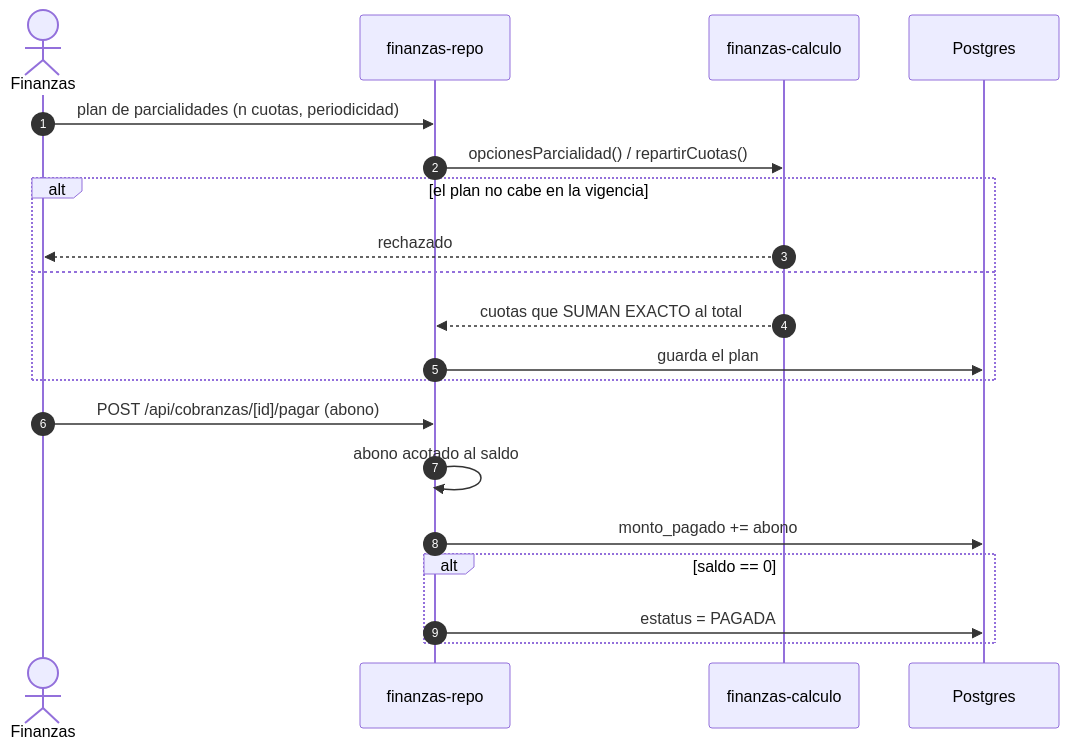
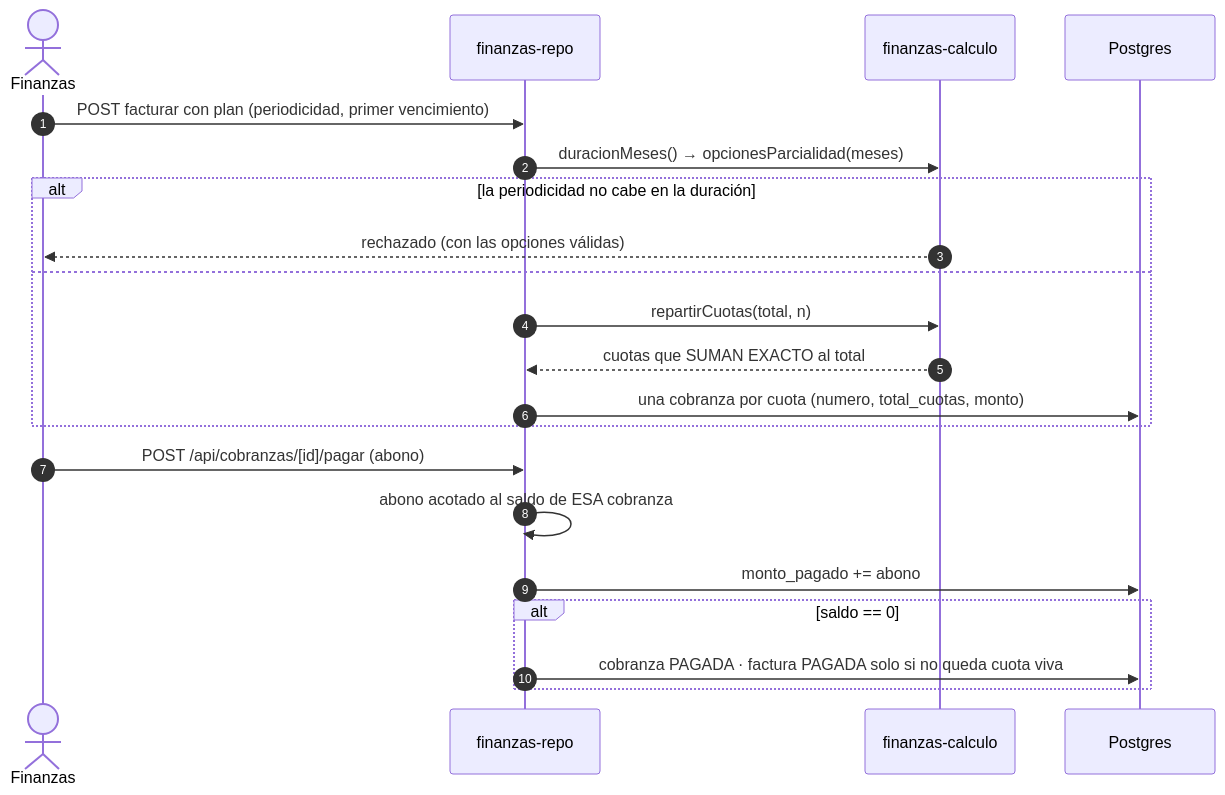
The second of 2 diagrams in vault/05-Flujos/flujo-facturacion-y-cobranza.md (emiliano-cyber/spaces_dooh_new), drawn with Mermaid before and after one commit. The commit also changed other lines of this file and 64 other files, not shown here.

````diff
--- a/vault/05-Flujos/flujo-facturacion-y-cobranza.md
+++ b/vault/05-Flujos/flujo-facturacion-y-cobranza.md
@@ -67,23 +106,24 @@
 ```mermaid
 sequenceDiagram
     autonumber
     actor F as Finanzas
     participant FR as finanzas-repo
     participant FC as finanzas-calculo
     participant PG as Postgres
 
-    F->>FR: plan de parcialidades (n cuotas, periodicidad)
-    FR->>FC: opcionesParcialidad() / repartirCuotas()
-    alt el plan no cabe en la vigencia
-        FC-->>F: rechazado
+    F->>FR: POST facturar con plan (periodicidad, primer vencimiento)
+    FR->>FC: duracionMeses() → opcionesParcialidad(meses)
+    alt la periodicidad no cabe en la duración
+        FC-->>F: rechazado (con las opciones válidas)
     else
+        FR->>FC: repartirCuotas(total, n)
         FC-->>FR: cuotas que SUMAN EXACTO al total
-        FR->>PG: guarda el plan
+        FR->>PG: una cobranza por cuota (numero, total_cuotas, monto)
     end
     F->>FR: POST /api/cobranzas/[id]/pagar (abono)
-    FR->>FR: abono acotado al saldo
+    FR->>FR: abono acotado al saldo de ESA cobranza
     FR->>PG: monto_pagado += abono
     alt saldo == 0
-        FR->>PG: estatus = PAGADA
+        FR->>PG: cobranza PAGADA · factura PAGADA solo si no queda cuota viva
     end
 ```
````
